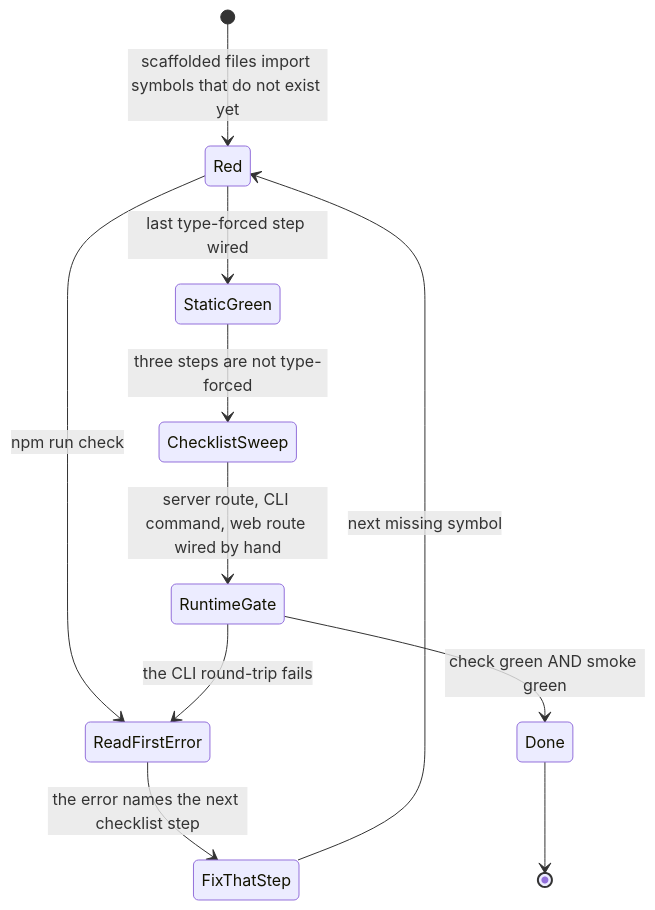
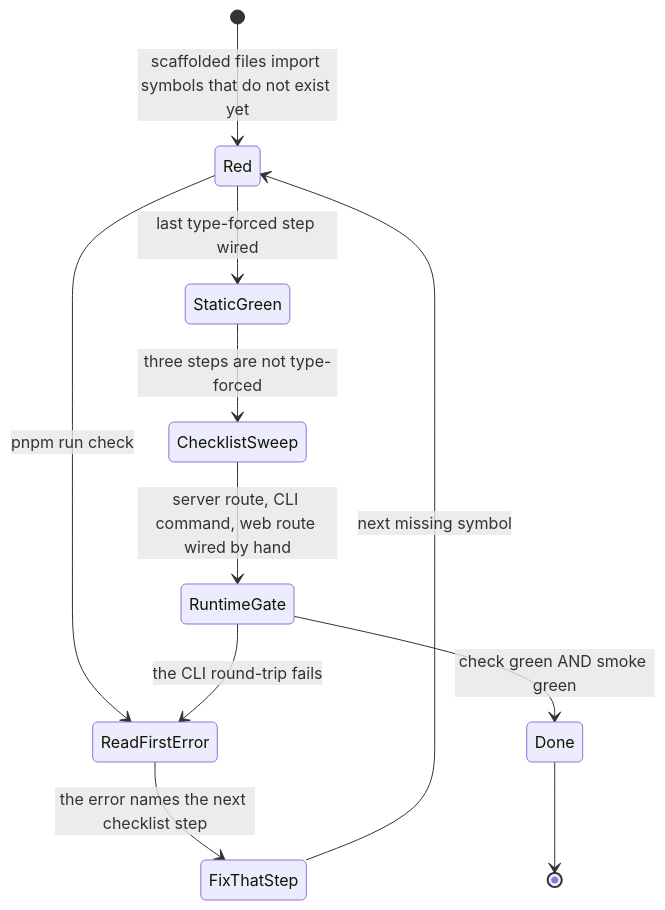
Before and after one commit to chomamateusz/agentproofarch: the second of 2 diagrams in website/docs/guides/adding-a-feature.md, drawn with Mermaid. The commit also changed other lines of this file and 74 other files, not shown here.

First line of the commit message:
Toolchain: migrate npm -> pnpm (supply-chain hardening)

````diff
--- a/website/docs/guides/adding-a-feature.md
+++ b/website/docs/guides/adding-a-feature.md
@@ -101,13 +101,13 @@
 ```mermaid
 stateDiagram-v2
     [*] --> Red: scaffolded files import symbols that do not exist yet
-    Red --> ReadFirstError: npm run check
+    Red --> ReadFirstError: pnpm run check
     ReadFirstError --> FixThatStep: the error names the next checklist step
     FixThatStep --> Red: next missing symbol
     Red --> StaticGreen: last type-forced step wired
     StaticGreen --> ChecklistSweep: three steps are not type-forced
     ChecklistSweep --> RuntimeGate: server route, CLI command, web route wired by hand
     RuntimeGate --> ReadFirstError: the CLI round-trip fails
     RuntimeGate --> Done: check green AND smoke green
     Done --> [*]
 ```
````
